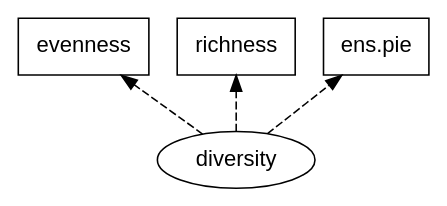
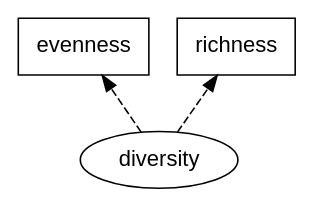
Before and after one commit to pennekampster/Swiss_SEM: diagram 12 of 17 in 5_Slides/Intro_to_SEM_part2.qmd, drawn with Graphviz. The commit also changed other lines of this file and 2 other files, not shown here.

````diff
--- a/5_Slides/Intro_to_SEM_part2.qmd
+++ b/5_Slides/Intro_to_SEM_part2.qmd
@@ -724,23 +724,20 @@
 ```{dot}
 //| fig-width: 4
 
 digraph  {
 
   graph [rankdir = TB, ranksep=.5]
    
    node [shape=box, fontname = Helvetica]
    X1 [label="evenness"];
    X2 [label="richness"];
-   X3 [label="ens.pie"];
-
    
    node [shape=oval]
     Y [label="diversity"]
     
     Y -> X1 [style="dashed"];
     Y -> X2 [style="dashed"];
-    Y -> X3 [style="dashed"];
     
-  {rank = min; X1;X2; X3}
+  {rank = min; X1;X2}
 }
 ```
````
